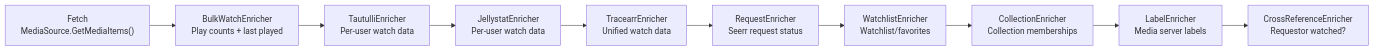
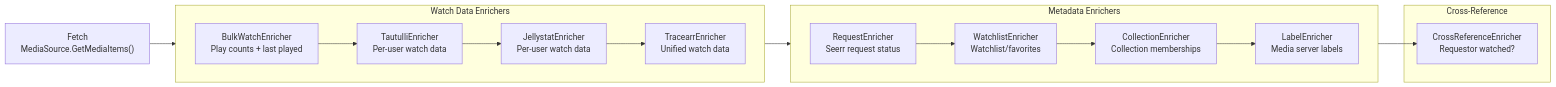
The fourth of 6 diagrams in docs/reference/architecture.md (Wesleyl89/capacitarr), drawn with Mermaid before and after one commit. The commit also changed other lines of this file and 50 other files, not shown here.

````diff
--- a/docs/reference/architecture.md
+++ b/docs/reference/architecture.md
@@ -206,15 +223,32 @@
 ```mermaid
 flowchart LR
     FETCH["Fetch<br/>MediaSource.GetMediaItems()"]
-    BULK["BulkWatchEnricher<br/>Play counts + last played"]
-    TAUTULLI_E["TautulliEnricher<br/>Per-user watch data"]
-    JELLYSTAT_E["JellystatEnricher<br/>Per-user watch data"]
-    TRACEARR_E["TracearrEnricher<br/>Unified watch data"]
-    REQUEST["RequestEnricher<br/>Seerr request status"]
-    WATCHLIST["WatchlistEnricher<br/>Watchlist/favorites"]
-    COLLECTION["CollectionEnricher<br/>Collection memberships"]
-    LABEL["LabelEnricher<br/>Media server labels"]
-    XREF["CrossReferenceEnricher<br/>Requestor watched?"]
 
-    FETCH --> BULK --> TAUTULLI_E --> JELLYSTAT_E --> TRACEARR_E --> REQUEST --> WATCHLIST --> COLLECTION --> LABEL --> XREF
+    subgraph WATCH_DATA["Watch Data Enrichers"]
+        direction LR
+        BULK["BulkWatchEnricher<br/>Play counts + last played"]
+        TAUTULLI_E["TautulliEnricher<br/>Per-user watch data"]
+        JELLYSTAT_E["JellystatEnricher<br/>Per-user watch data"]
+        TRACEARR_E["TracearrEnricher<br/>Unified watch data"]
+
+        BULK --> TAUTULLI_E --> JELLYSTAT_E --> TRACEARR_E
+    end
+
+    subgraph METADATA["Metadata Enrichers"]
+        direction LR
+        REQUEST["RequestEnricher<br/>Seerr request status"]
+        WATCHLIST["WatchlistEnricher<br/>Watchlist/favorites"]
+        COLLECTION["CollectionEnricher<br/>Collection memberships"]
+        LABEL["LabelEnricher<br/>Media server labels"]
+
+        REQUEST --> WATCHLIST --> COLLECTION --> LABEL
+    end
+
+    subgraph XREF_GROUP["Cross-Reference"]
+        XREF["CrossReferenceEnricher<br/>Requestor watched?"]
+    end
+
+    FETCH --> BULK
+    TRACEARR_E --> REQUEST
+    LABEL --> XREF
 ```
````
